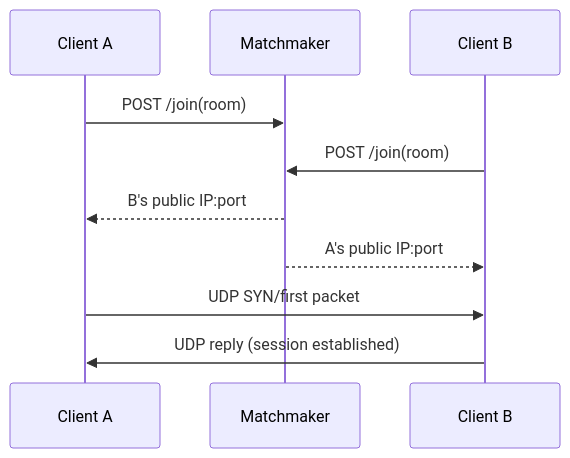
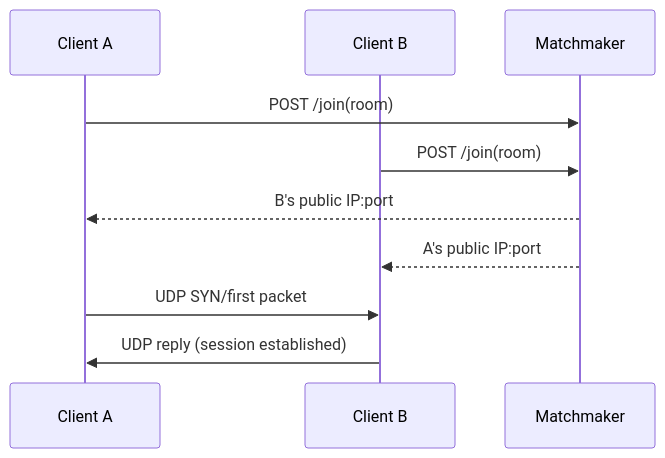
Before and after one commit to Joseph-Sailor-Usher/Room_Sync: the second of 9 diagrams in .obsidian/Implementation Options.md, drawn with Mermaid. The commit also changed other lines of this file, not shown here.

````diff
--- a/.obsidian/Implementation Options.md
+++ b/.obsidian/Implementation Options.md
@@ -20,12 +20,12 @@
 ``` mermaid
 sequenceDiagram
   participant A as Client A
+  participant B as Client B
   participant MM as Matchmaker
-  participant B as Client B
   A->>MM: POST /join(room)
   B->>MM: POST /join(room)
   MM-->>A: B's public IP:port
   MM-->>B: A's public IP:port
   A->>B: UDP SYN/first packet
   B->>A: UDP reply (session established)
 ```
````
